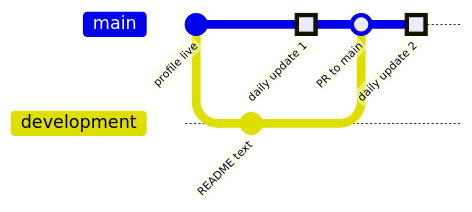
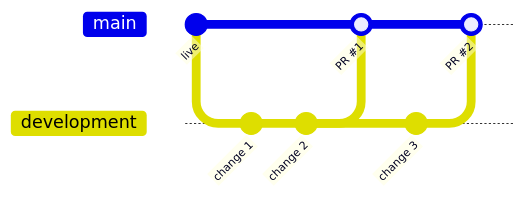
One commit to serbenda/serbenda changed the fourth of 5 diagrams in .github/MAINTENANCE.md. Above: the diagram before and after it, drawn with Mermaid. The commit also changed other lines of this file, not shown here.

Commit message:
Handbook: every repo, the full flow and the processes

````diff
--- a/.github/MAINTENANCE.md
+++ b/.github/MAINTENANCE.md
@@ -169,11 +262,14 @@
 ```mermaid
 gitGraph
-    commit id: "profile live"
+    commit id: "live"
     branch development
     checkout development
-    commit id: "README text"
+    commit id: "change 1"
+    commit id: "change 2"
     checkout main
-    commit id: "daily update 1" type: HIGHLIGHT
-    merge development id: "PR to main"
-    commit id: "daily update 2" type: HIGHLIGHT
+    merge development id: "PR #1"
+    checkout development
+    commit id: "change 3"
+    checkout main
+    merge development id: "PR #2"
 ```
````
